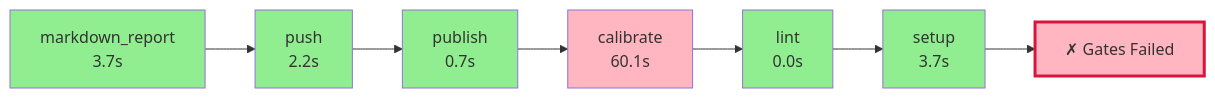
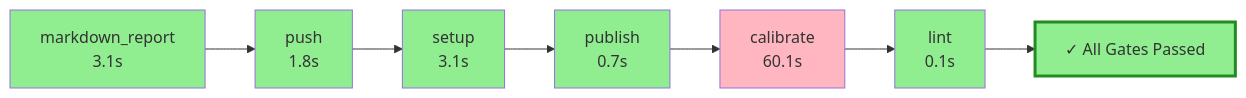
One commit to wronai/fixos changed the diagram in .pyqual/report.md. Above: the diagram before and after it, drawn with Mermaid. The commit also changed other lines of this file and 2 other files, not shown here.

````diff
--- a/.pyqual/report.md
+++ b/.pyqual/report.md
@@ -10,23 +10,23 @@
 ```mermaid
 flowchart LR
-    S0["markdown_report<br/>3.7s"]
+    S0["markdown_report<br/>3.1s"]
     style S0 fill:#90EE90
-    S1["push<br/>2.2s"]
+    S1["push<br/>1.8s"]
     style S1 fill:#90EE90
     S0 --> S1
-    S2["publish<br/>0.7s"]
+    S2["setup<br/>3.1s"]
     style S2 fill:#90EE90
     S1 --> S2
-    S3["calibrate<br/>60.1s"]
-    style S3 fill:#FFB6C1
+    S3["publish<br/>0.7s"]
+    style S3 fill:#90EE90
     S2 --> S3
-    S4["lint<br/>0.0s"]
-    style S4 fill:#90EE90
+    S4["calibrate<br/>60.1s"]
+    style S4 fill:#FFB6C1
     S3 --> S4
-    S5["setup<br/>3.7s"]
+    S5["lint<br/>0.1s"]
     style S5 fill:#90EE90
     S4 --> S5
-    G["✗ Gates Failed"]
-    style G fill:#FFB6C1,stroke:#DC143C,stroke-width:3px
+    G["✓ All Gates Passed"]
+    style G fill:#90EE90,stroke:#228B22,stroke-width:3px
     S5 --> G
 ```
````
